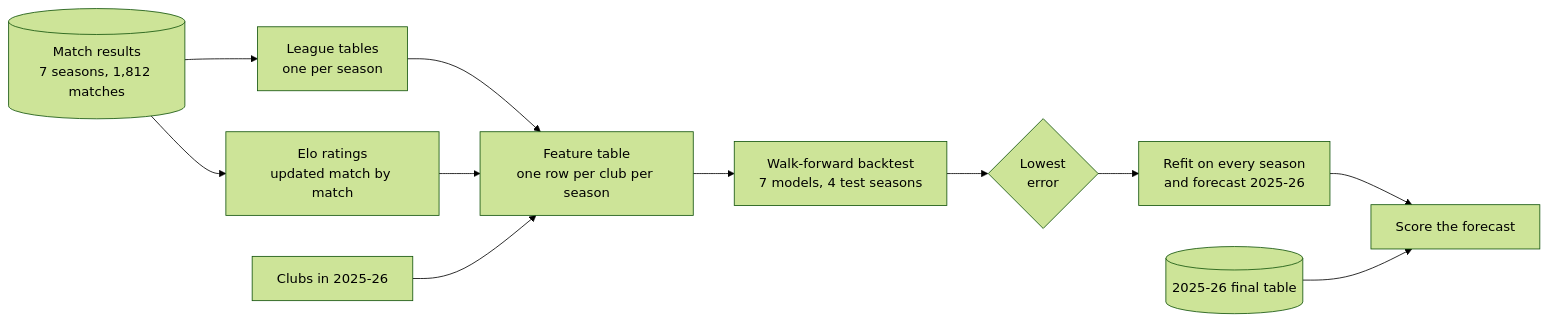
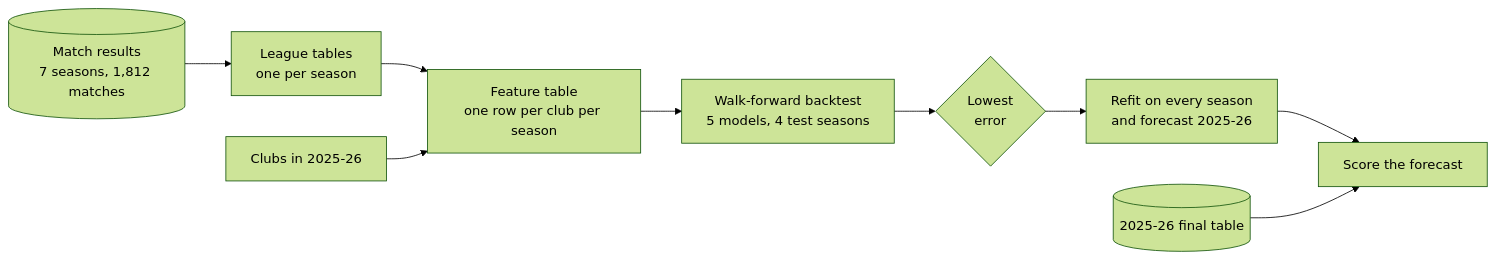
The diagram in README.md (sal2049/saudi-pro-league-forecast), drawn with Mermaid (forest theme) before and after one commit. The commit also changed other lines of this file and 18 other files, not shown here.

````diff
--- a/README.md
+++ b/README.md
@@ -26,13 +26,11 @@
 ```mermaid
 flowchart LR
     M[("Match results<br/>7 seasons, 1,812 matches")] --> T["League tables<br/>one per season"]
-    M --> E["Elo ratings<br/>updated match by match"]
     T --> F["Feature table<br/>one row per club per season"]
-    E --> F
     C["Clubs in 2025-26"] --> F
-    F --> B["Walk-forward backtest<br/>7 models, 4 test seasons"]
+    F --> B["Walk-forward backtest<br/>5 models, 4 test seasons"]
     B --> S{"Lowest<br/>error"}
     S --> P["Refit on every season<br/>and forecast 2025-26"]
     P --> H["Score the forecast"]
     R[("2025-26 final table")] --> H
 ```
````
